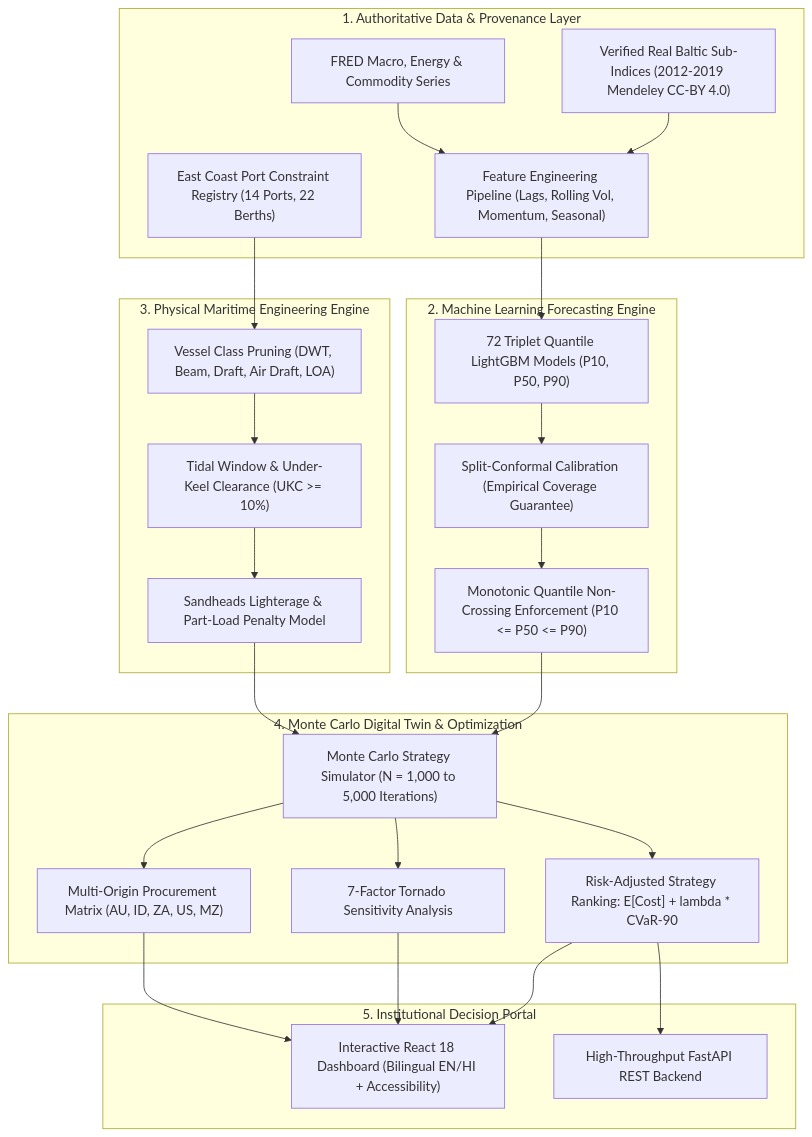
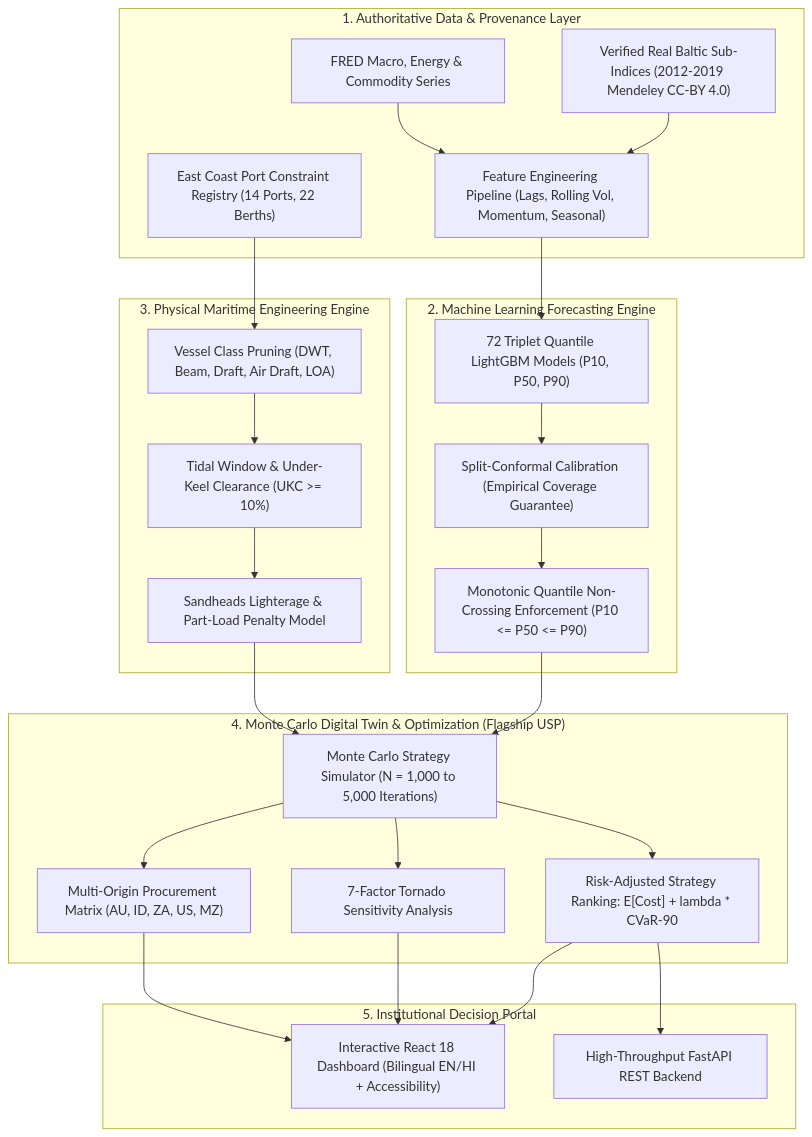
Before and after one commit to sam9334545/sih_deploy_final: the diagram in README.md, drawn with Mermaid. The commit also changed other lines of this file and 9 other files, not shown here.

````diff
--- a/README.md
+++ b/README.md
@@ -55,37 +55,37 @@
 ```mermaid
 flowchart TD
     subgraph Data ["1. Authoritative Data & Provenance Layer"]
         D1["Verified Real Baltic Sub-Indices (2012-2019 Mendeley CC-BY 4.0)"]
         D2["FRED Macro, Energy & Commodity Series"]
         D3["East Coast Port Constraint Registry (14 Ports, 22 Berths)"]
         D1 --> FE["Feature Engineering Pipeline (Lags, Rolling Vol, Momentum, Seasonal)"]
         D2 --> FE
     end
 
     subgraph ML ["2. Machine Learning Forecasting Engine"]
         FE --> M1["72 Triplet Quantile LightGBM Models (P10, P50, P90)"]
         M1 --> M2["Split-Conformal Calibration (Empirical Coverage Guarantee)"]
         M2 --> M3["Monotonic Quantile Non-Crossing Enforcement (P10 <= P50 <= P90)"]
     end
 
     subgraph Constraints ["3. Physical Maritime Engineering Engine"]
         D3 --> C1["Vessel Class Pruning (DWT, Beam, Draft, Air Draft, LOA)"]
         C1 --> C2["Tidal Window & Under-Keel Clearance (UKC >= 10%)"]
         C2 --> C3["Sandheads Lighterage & Part-Load Penalty Model"]
     end
 
-    subgraph Simulation ["4. Monte Carlo Digital Twin & Optimization"]
+    subgraph Simulation ["4. Monte Carlo Digital Twin & Optimization (Flagship USP)"]
         M3 --> Sim["Monte Carlo Strategy Simulator (N = 1,000 to 5,000 Iterations)"]
         C3 --> Sim
         Sim --> O1["Risk-Adjusted Strategy Ranking: E[Cost] + lambda * CVaR-90"]
         Sim --> O2["7-Factor Tornado Sensitivity Analysis"]
         Sim --> O3["Multi-Origin Procurement Matrix (AU, ID, ZA, US, MZ)"]
     end
 
     subgraph Interface ["5. Institutional Decision Portal"]
         O1 --> UI["Interactive React 18 Dashboard (Bilingual EN/HI + Accessibility)"]
         O2 --> UI
         O3 --> UI
         O1 --> API["High-Throughput FastAPI REST Backend"]
     end
 ```
````
